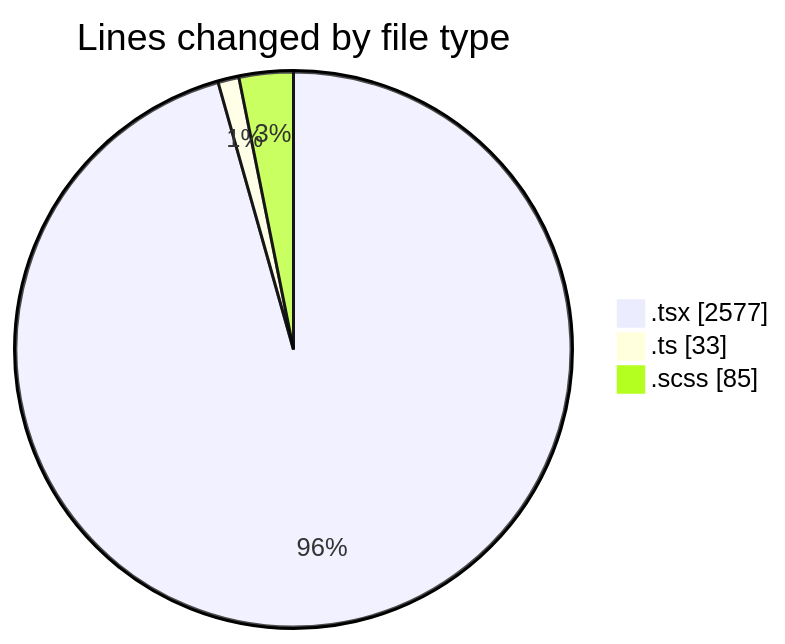
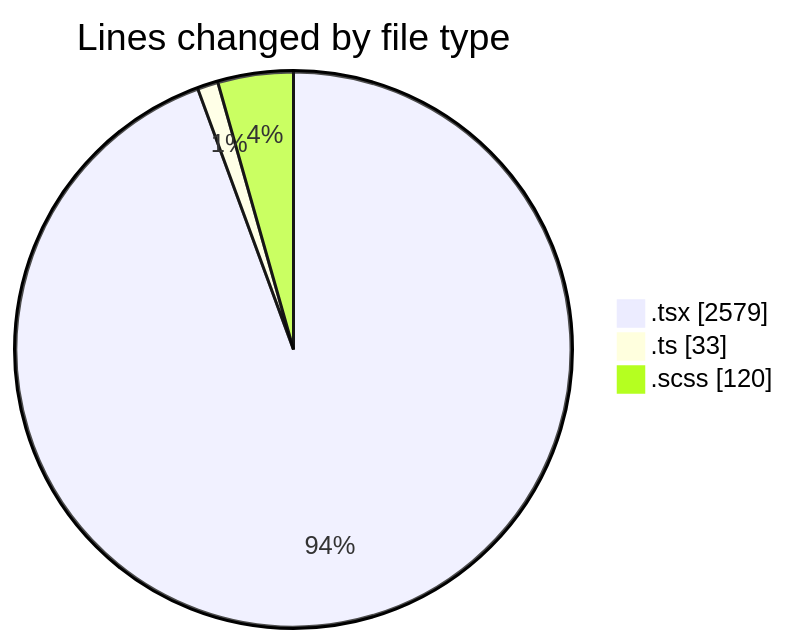
One commit to momahboobian/code-tracking changed the first of 2 diagrams in 2025-02-12/cda/README.md. Above: the diagram before and after it, drawn with Mermaid. The commit also changed other lines of this file and 1 other file, not shown here.

````diff
--- a/2025-02-12/cda/README.md
+++ b/2025-02-12/cda/README.md
@@ -26,7 +27,7 @@
 ```mermaid
 pie showData
 title Lines changed by file type
-".tsx" : 2577
+".tsx" : 2579
 ".ts" : 33
-".scss" : 85
+".scss" : 120
 ```
````
